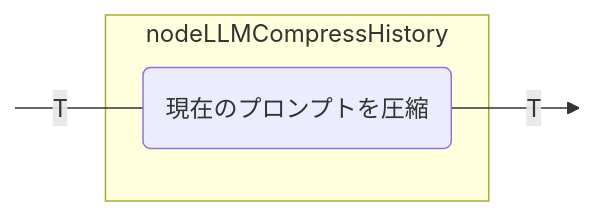
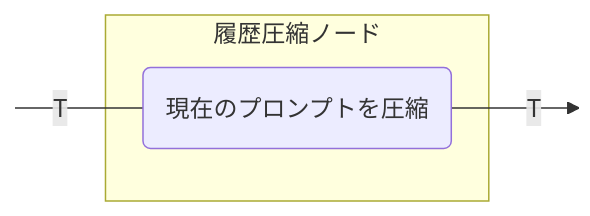
Before and after one commit to BinaryTape/Open-Docs: the tenth of 15 diagrams in docs/ja/koog/nodes-and-components.md, drawn with Mermaid. The commit also changed other lines of this file and 164 other files, not shown here.

````diff
--- a/docs/ja/koog/nodes-and-components.md
+++ b/docs/ja/koog/nodes-and-components.md
@@ -477,13 +476,13 @@
 ```mermaid
 graph LR
     in:::hidden
     out:::hidden
     
-    subgraph node ["nodeLLMCompressHistory"]
+    subgraph node ["履歴圧縮ノード"]
         execute(現在のプロンプトを圧縮)
     end
     
     in ---|T| execute --T--> out
 
     classDef hidden display: none;
 ```
````
